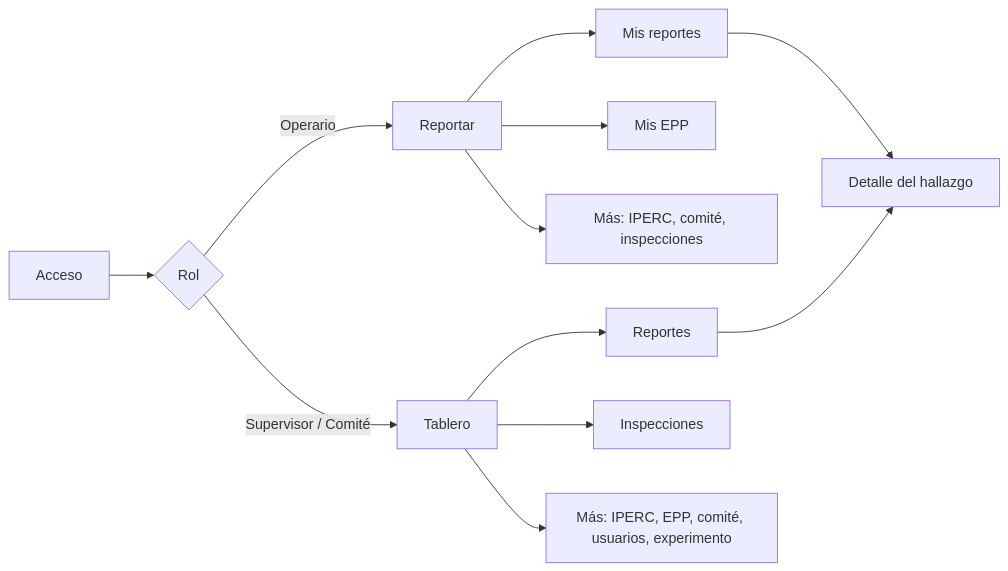
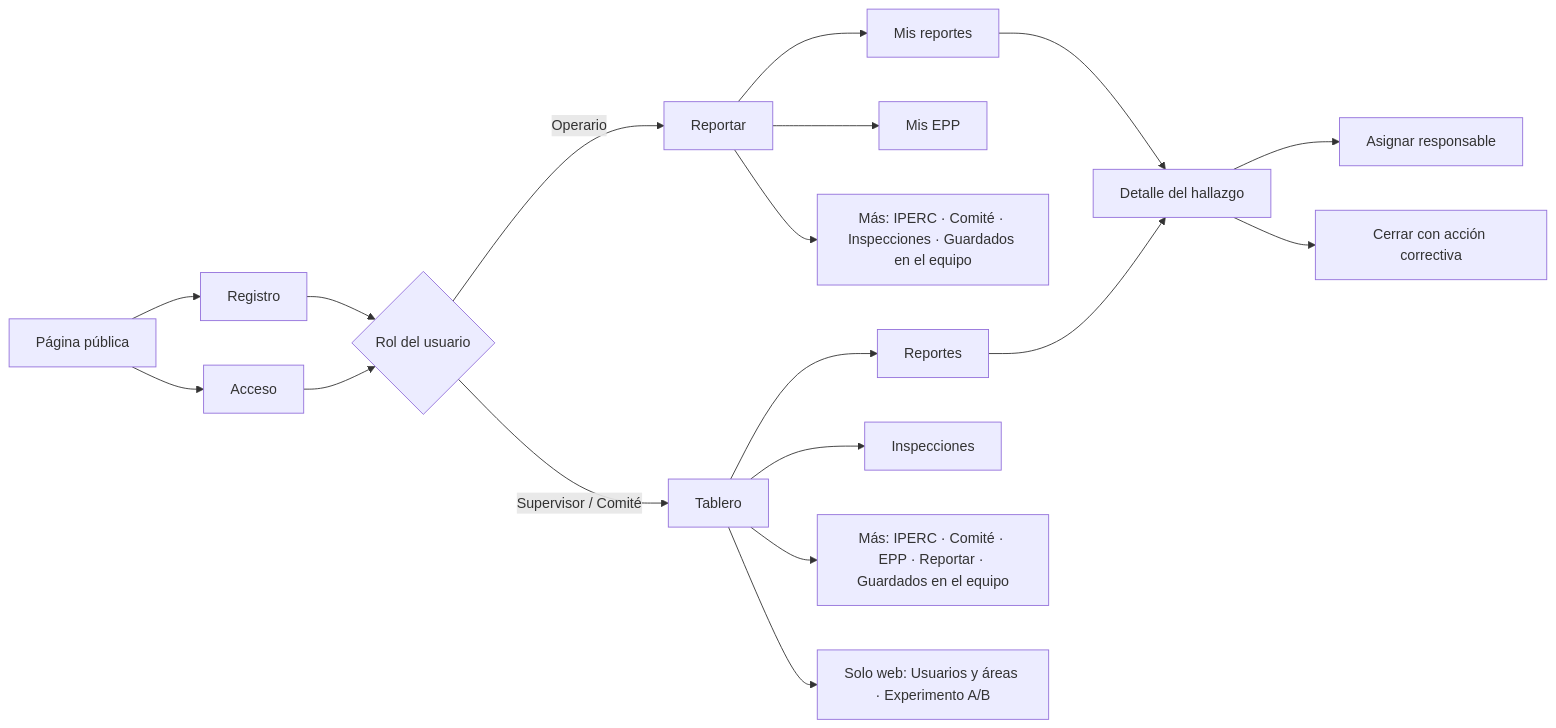
The first of 10 diagrams in chapters/capitulo-04-product-design.md (sst-peru/sst-report), drawn with Mermaid before and after one commit. The commit also changed other lines of this file, not shown here.

Commit message:
fix(informe): corregir conteo de opciones del menu por rol en 4.2.1

````diff
--- a/chapters/capitulo-04-product-design.md
+++ b/chapters/capitulo-04-product-design.md
@@ -165,16 +245,23 @@
 ```mermaid
 flowchart LR
-    Login[Acceso] --> Rol{Rol}
+    Publica[Página pública] --> Acceso[Acceso]
+    Publica --> Registro[Registro]
+    Registro --> Rol{Rol del usuario}
+    Acceso --> Rol
+
     Rol -->|Operario| Reportar[Reportar]
     Rol -->|Supervisor / Comité| Tablero[Tablero]
 
     Reportar --> MisReportes[Mis reportes]
+    Reportar --> MisEPP[Mis EPP]
+    Reportar --> MasOp["Más: IPERC · Comité · Inspecciones · Guardados en el equipo"]
     MisReportes --> Detalle[Detalle del hallazgo]
-    Reportar --> MisEPP[Mis EPP]
-    Reportar --> MasOp[Más: IPERC, comité, inspecciones]
 
     Tablero --> Hallazgos[Reportes]
+    Tablero --> Inspecciones[Inspecciones]
+    Tablero --> MasSup["Más: IPERC · Comité · EPP · Reportar · Guardados en el equipo"]
+    Tablero --> SoloWeb["Solo web: Usuarios y áreas · Experimento A/B"]
     Hallazgos --> Detalle
-    Tablero --> Inspecciones[Inspecciones]
-    Tablero --> MasSup[Más: IPERC, EPP, comité, usuarios, experimento]
+    Detalle --> Asignar[Asignar responsable]
+    Detalle --> Cerrar[Cerrar con acción correctiva]
 ```
````
